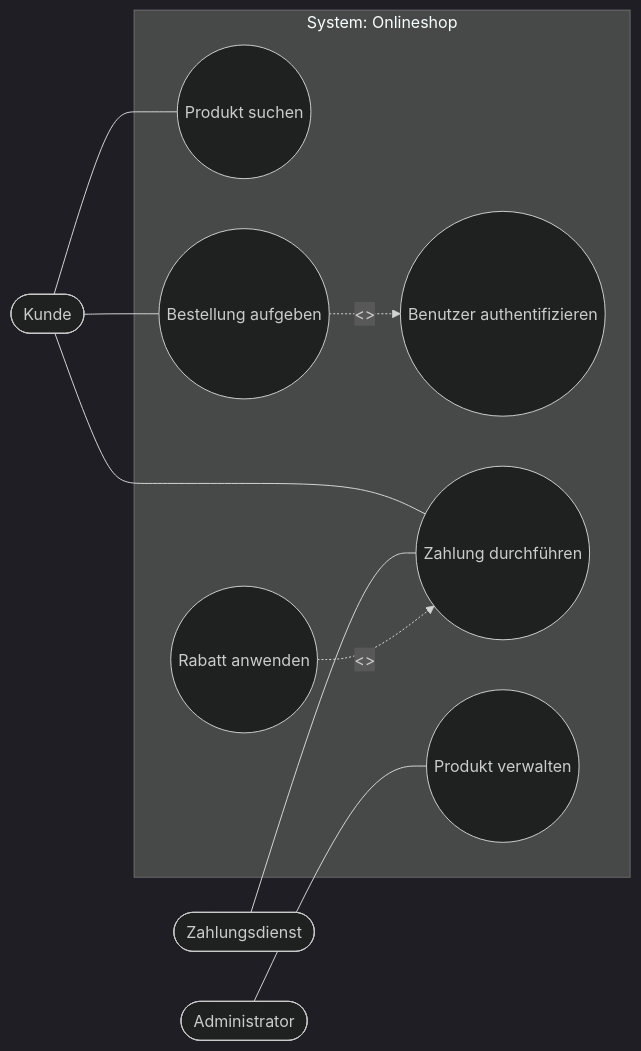
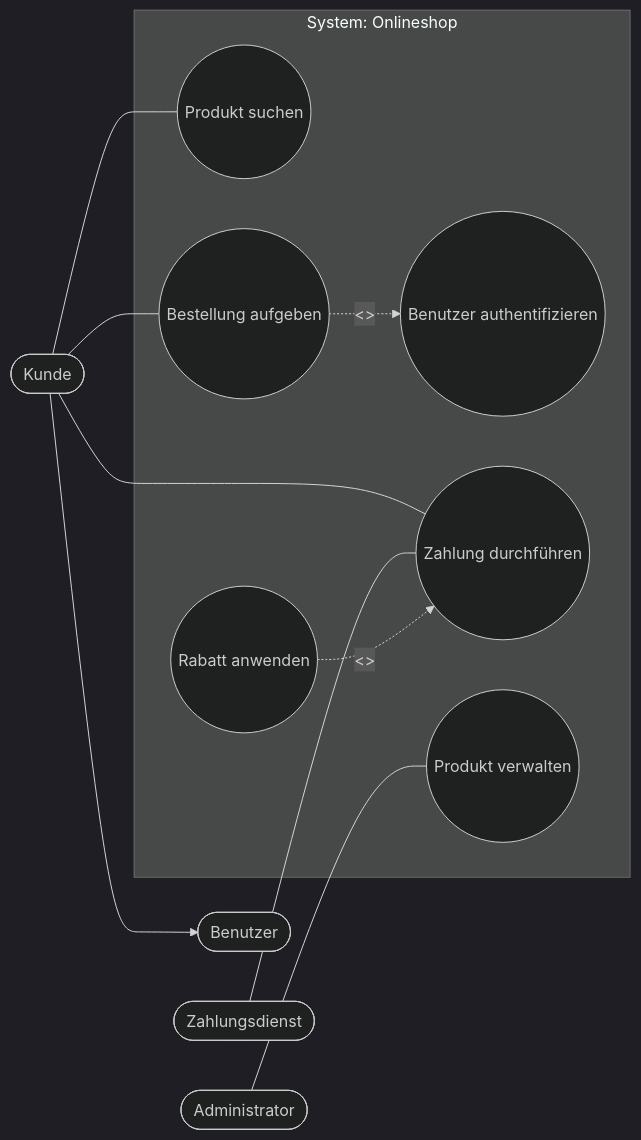
Before and after one commit to seanconroy-dev/FIAE_Umschulung_Notes: the diagram in notes/2026/Programmiertechnik/ASS/2026-03-26_Programmiertechnik_ASS_use-case-diagramm.md, drawn with Mermaid (dark theme). The commit also changed other lines of this file, not shown here.

Commit message:
Refactor Use-Case-Diagramm notes for clarity and structure; update sections and improve focus on key concepts.

````diff
--- a/notes/2026/Programmiertechnik/ASS/2026-03-26_Programmiertechnik_ASS_use-case-diagramm.md
+++ b/notes/2026/Programmiertechnik/ASS/2026-03-26_Programmiertechnik_ASS_use-case-diagramm.md
@@ -228,24 +72,27 @@
 ```mermaid
 flowchart LR
     Kunde([Kunde])
     Admin([Administrator])
     Payment([Zahlungsdienst])
+    User([Benutzer])
 
     subgraph S[System: Onlineshop]
       UC1((Produkt suchen))
       UC2((Bestellung aufgeben))
       UC3((Benutzer authentifizieren))
       UC4((Zahlung durchführen))
       UC5((Rabatt anwenden))
       UC6((Produkt verwalten))
     end
 
     Kunde --- UC1
     Kunde --- UC2
     Kunde --- UC4
     Admin --- UC6
     Payment --- UC4
 
+    Kunde --> User
+
     UC2 -. "<<include>>" .-> UC3
     UC5 -. "<<extend>>" .-> UC4
 ```
````
